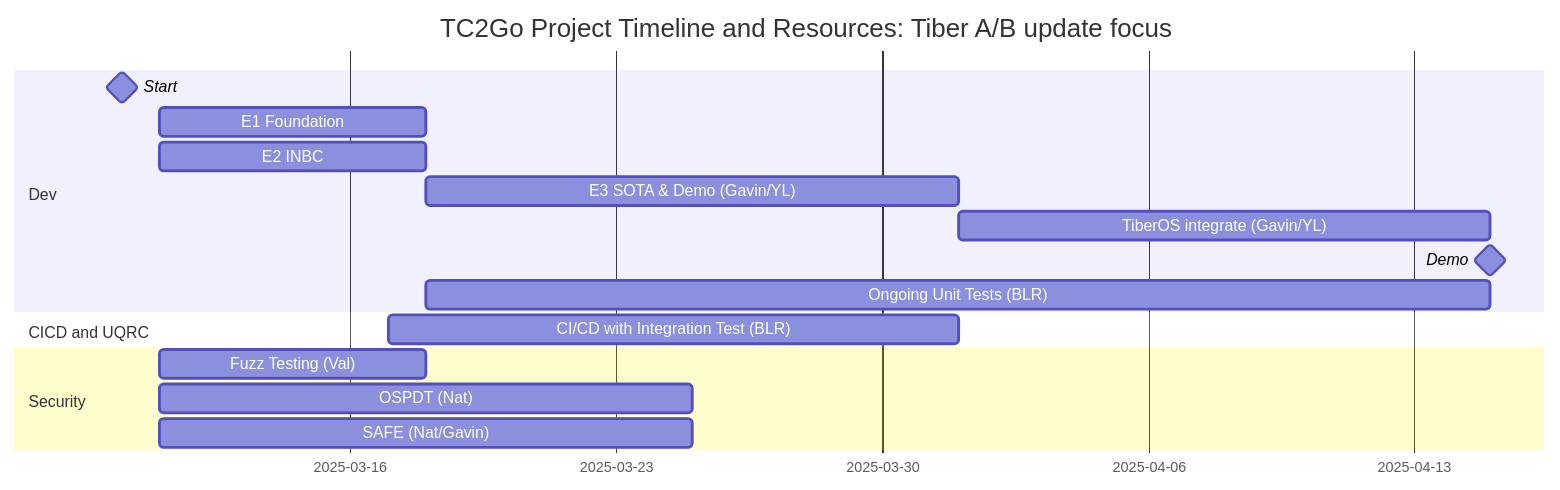
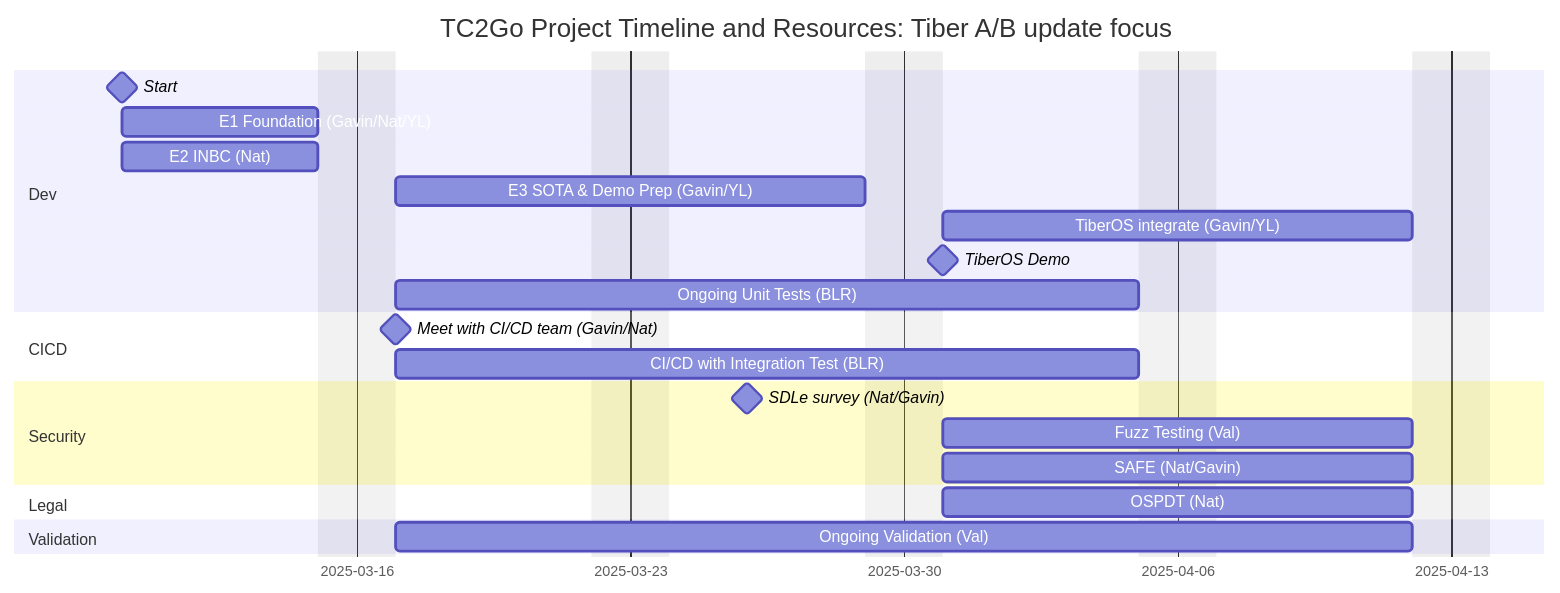
The diagram in doc/timelineAndResources.md (open-edge-platform/edge-node-agents), drawn with Mermaid before and after one commit.

Commit message:
Update timelineAndResources.md - clarify further

````diff
--- a/doc/timelineAndResources.md
+++ b/doc/timelineAndResources.md
@@ -1,23 +1,31 @@
 ```mermaid
 gantt
     title TC2Go Project Timeline and Resources: Tiber A/B update focus
     dateFormat  YYYY-MM-DD
     tickInterval 1week
+    excludes weekends
 
     section Dev
         Start                             :milestone, :start, 2025-03-10, 0d
-        E1 Foundation                     :foundation, after start, 1w
-        E2 INBC                           :inbc, after start, 1w
-        E3 SOTA & Demo (Gavin/YL)         :sotademo, after inbc, 2w
-        TiberOS integrate (Gavin/YL) :spec, after sotademo, 2w
-        Demo                              :milestone, :demo, after spec, 0d
-        Ongoing Unit Tests (BLR)          :unit, after foundation, 4w        
+        E1 Foundation (Gavin/Nat/YL)    :foundation, 2025-03-10, 5d
+        E2 INBC (Nat)                     :inbc, 2025-03-10, 5d
+        E3 SOTA & Demo Prep (Gavin/YL)    :sotademo, after inbc, 10d
+        TiberOS integrate (Gavin/YL) :spec, after sotademo, 10d
+        TiberOS Demo                              :milestone, :a1, 2025-03-31, 0d
+        Ongoing Unit Tests (BLR)          :unit, after foundation, 15d
 
-    section CICD and UQRC
+    section CICD
+        Meet with CI/CD team (Gavin/Nat)          :milestone, :meetcicd, 2025-03-17, 0d
         CI/CD with Integration Test (BLR)         :cicd, 2025-03-17, 15d
     
     section Security
-        Fuzz Testing (Val)                :fuzz, after demo, 1w
-        OSPDT (Nat)                       :ospdt, after demo, 2w
-        SAFE (Nat/Gavin)                  :safe, after demo, 2w
+        SDLe survey (Nat/Gavin)           :milestone, :survey, 2025-03-26, 0d
+        Fuzz Testing (Val)                :fuzz, 2025-03-31, 10d
+        SAFE (Nat/Gavin)                  :safe, 2025-03-31, 10d
+
+    section Legal
+        OSPDT (Nat)                       :ospdt, 2025-03-31, 10d
+    
+    section Validation
+        Ongoing Validation (Val)        :val, after foundation, 20d
 ```
````
